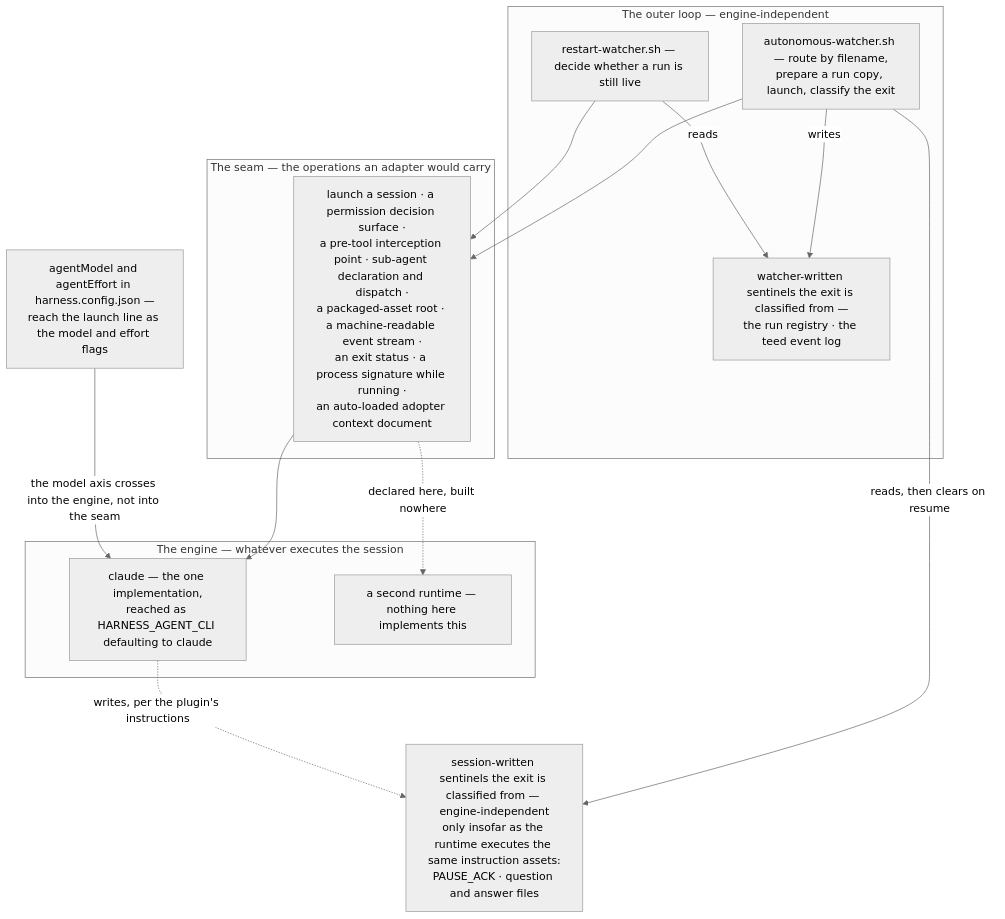
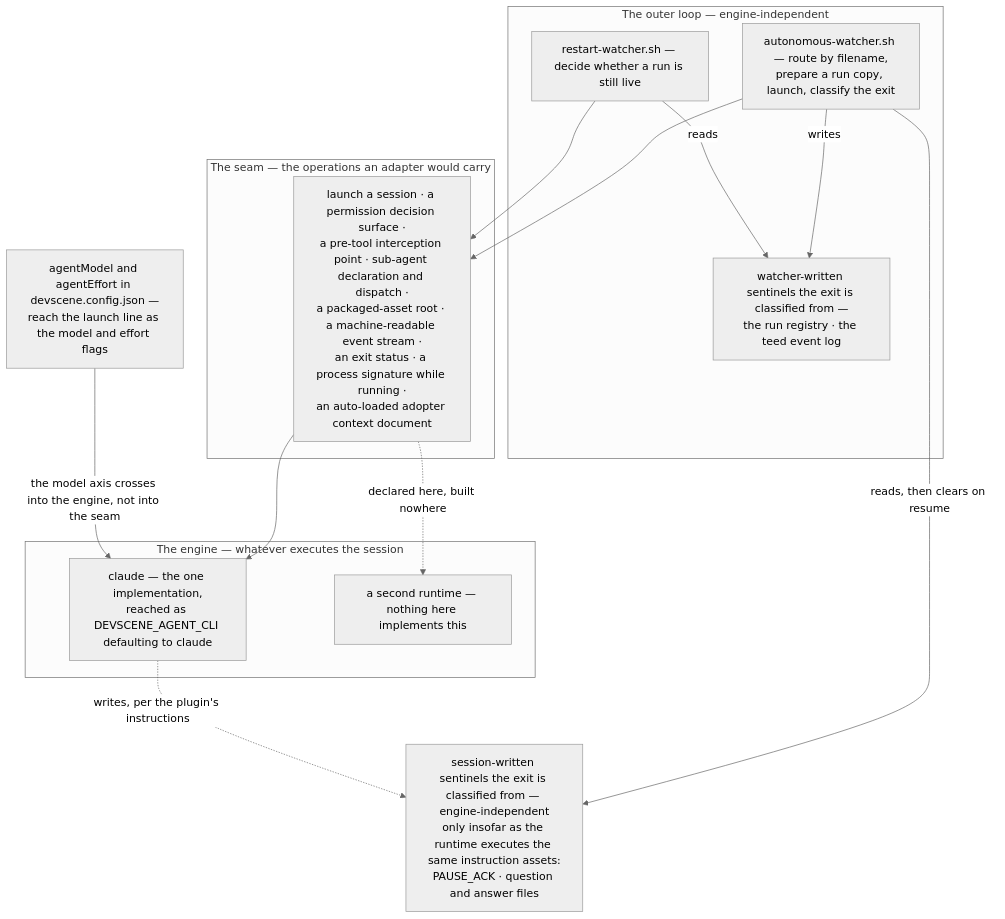
The diagram in ARCHITECTURE.md (firu-daniel/autonomous-sdlc-harness), drawn with Mermaid (neutral theme) before and after one commit. The commit also changed other lines of this file and 567 other files, not shown here.

````diff
--- a/ARCHITECTURE.md
+++ b/ARCHITECTURE.md
@@ -128,25 +128,25 @@
 ```mermaid
 flowchart TB
   subgraph outer["The outer loop — engine-independent"]
     W["autonomous-watcher.sh — route by filename,<br/>prepare a run copy, launch, classify the exit"]
     R["restart-watcher.sh — decide whether a run is still live"]
     A["watcher-written sentinels the exit is classified from —<br/>the run registry · the teed event log"]
   end
   P["session-written sentinels the exit is classified from — engine-independent<br/>only insofar as the runtime executes the same instruction assets:<br/>PAUSE_ACK · question and answer files"]
   subgraph seam["The seam — the operations an adapter would carry"]
     S["launch a session · a permission decision surface ·<br/>a pre-tool interception point · sub-agent declaration and dispatch ·<br/>a packaged-asset root · a machine-readable event stream ·<br/>an exit status · a process signature while running ·<br/>an auto-loaded adopter context document"]
   end
   subgraph engines["The engine — whatever executes the session"]
-    E1["claude — the one implementation,<br/>reached as HARNESS_AGENT_CLI defaulting to claude"]
+    E1["claude — the one implementation,<br/>reached as DEVSCENE_AGENT_CLI defaulting to claude"]
     E2["a second runtime — nothing here implements this"]
   end
   W -->|"writes"| A
   R -->|reads| A
   W -->|"reads, then clears on resume"| P
   W --> S
   R --> S
   S --> E1
   E1 -.->|"writes, per the plugin's instructions"| P
   S -.->|"declared here, built nowhere"| E2
-  M["agentModel and agentEffort in harness.config.json —<br/>reach the launch line as the model and effort flags"] -->|"the model axis crosses into the engine, not into the seam"| E1
+  M["agentModel and agentEffort in devscene.config.json —<br/>reach the launch line as the model and effort flags"] -->|"the model axis crosses into the engine, not into the seam"| E1
 ```
````
